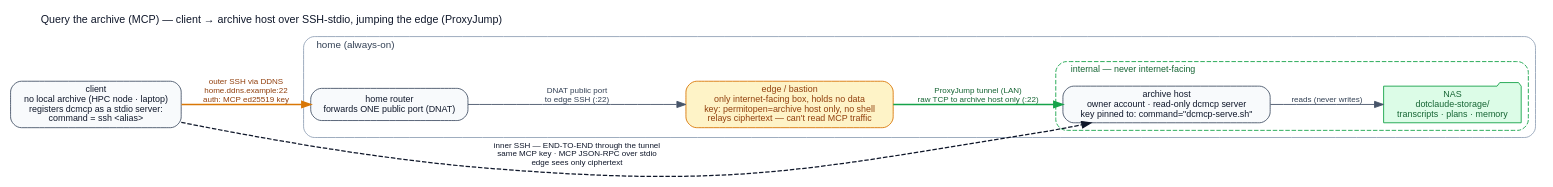
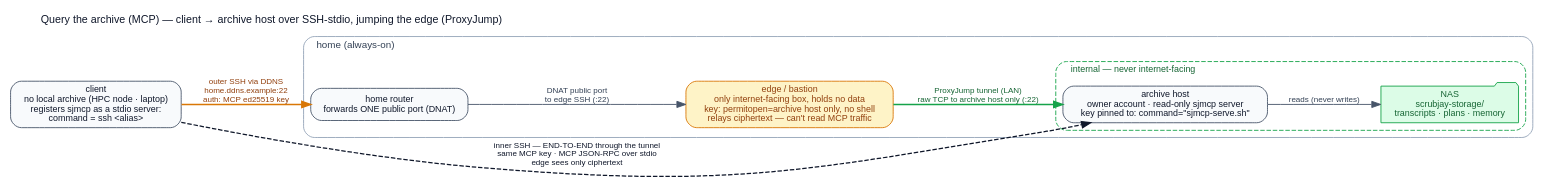
One commit to henba1/scrubjay changed the diagram in docs/transport-mcp.dot. Above: the diagram before and after it, drawn with Graphviz. The commit also changed 60 other files, not shown here.

```diff
--- a/docs/transport-mcp.dot
+++ b/docs/transport-mcp.dot
@@ -1,40 +1,40 @@
 // Source for docs/transport-mcp.svg — render: dot -Tsvg docs/transport-mcp.dot -o docs/transport-mcp.svg
 // Placeholder addresses/ports only — substitute your own DDNS name and forwarded ports.
 digraph transport_mcp {
   rankdir=LR; bgcolor="white";
   fontname="Helvetica"; fontsize=12;
   label="Query the archive (MCP) — client → archive host over SSH-stdio, jumping the edge (ProxyJump)";
   labelloc=t; labeljust=l; fontcolor="#0f172a";
   node [fontname="Helvetica", fontsize=10, shape=box, style="rounded,filled",
         fillcolor="#f8fafc", color="#475569", fontcolor="#0f172a"];
   edge [fontname="Helvetica", fontsize=9, color="#475569", fontcolor="#334155"];
 
-  CLIENT [label="client\nno local archive (HPC node · laptop)\nregisters dcmcp as a stdio server:\ncommand = ssh <alias>"];
+  CLIENT [label="client\nno local archive (HPC node · laptop)\nregisters sjmcp as a stdio server:\ncommand = ssh <alias>"];
 
   subgraph cluster_home {
     label="home (always-on)"; style="rounded"; color="#94a3b8"; fontcolor="#334155"; fontsize=11;
 
     RT   [label="home router\nforwards ONE public port (DNAT)"];
     BAST [fillcolor="#fef3c7", color="#d97706", fontcolor="#92400e",
           label="edge / bastion\nonly internet-facing box, holds no data\nkey: permitopen=archive host only, no shell\nrelays ciphertext — can't read MCP traffic"];
 
     subgraph cluster_internal {
       label="internal — never internet-facing"; style="rounded,dashed"; color="#16a34a"; fontcolor="#166534"; fontsize=10;
-      ARCH [label="archive host\nowner account · read-only dcmcp server\nkey pinned to: command=\"dcmcp-serve.sh\""];
+      ARCH [label="archive host\nowner account · read-only sjmcp server\nkey pinned to: command=\"sjmcp-serve.sh\""];
       NAS  [shape=folder, fillcolor="#dcfce7", color="#16a34a", fontcolor="#166534",
-            label="NAS\ndotclaude-storage/\ntranscripts · plans · memory"];
+            label="NAS\nscrubjay-storage/\ntranscripts · plans · memory"];
       ARCH -> NAS [label="reads (never writes)"];
     }
 
     RT   -> BAST [label="DNAT public port\nto edge SSH (:22)"];
     BAST -> ARCH [color="#16a34a", fontcolor="#166534", penwidth=1.6,
                   label="ProxyJump tunnel (LAN)\nraw TCP to archive host only (:22)"];
   }
 
   CLIENT -> RT [color="#d97706", fontcolor="#92400e", penwidth=1.6,
                 label="outer SSH via DDNS\nhome.ddns.example:22\nauth: MCP ed25519 key"];
 
   // the inner, end-to-end SSH session the edge merely relays as opaque bytes
   CLIENT -> ARCH [style=dashed, constraint=false, penwidth=1.4, color="#0f172a", fontcolor="#0f172a",
                   label="inner SSH — END-TO-END through the tunnel\nsame MCP key · MCP JSON-RPC over stdio\nedge sees only ciphertext"];
 }
```
